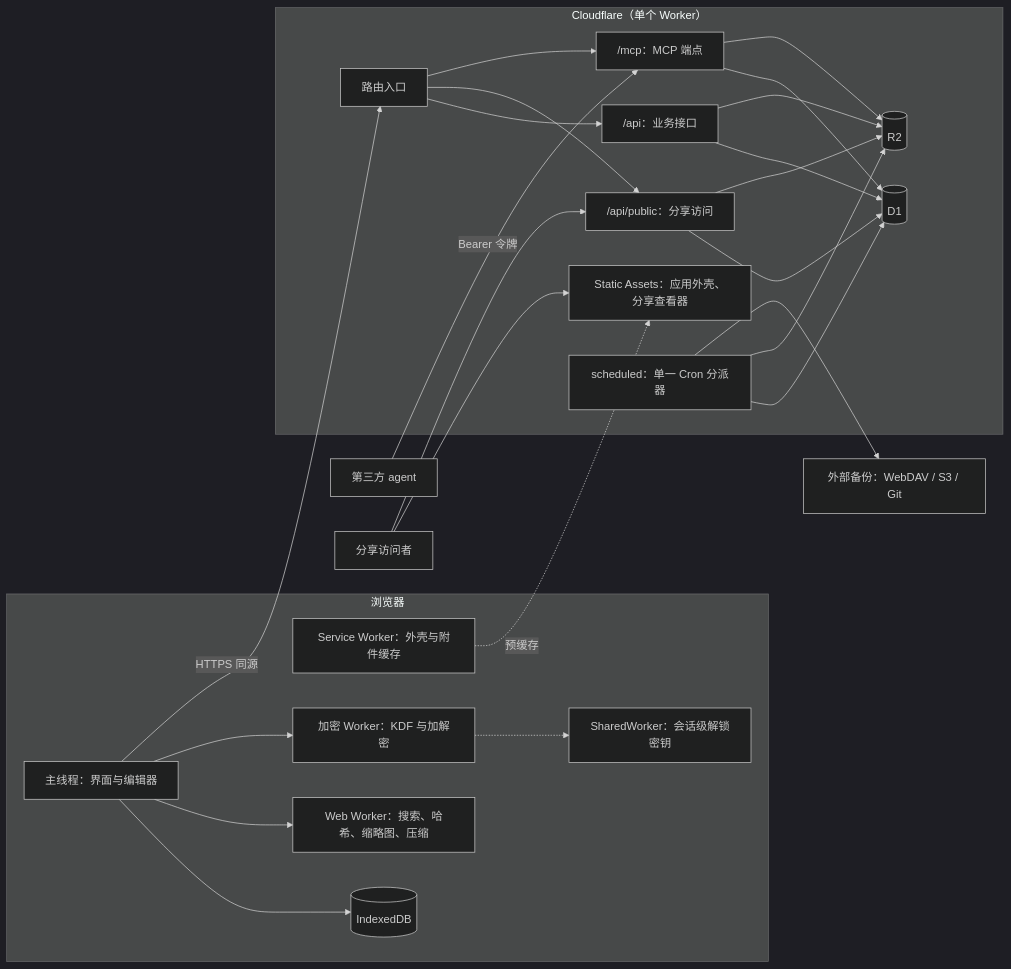
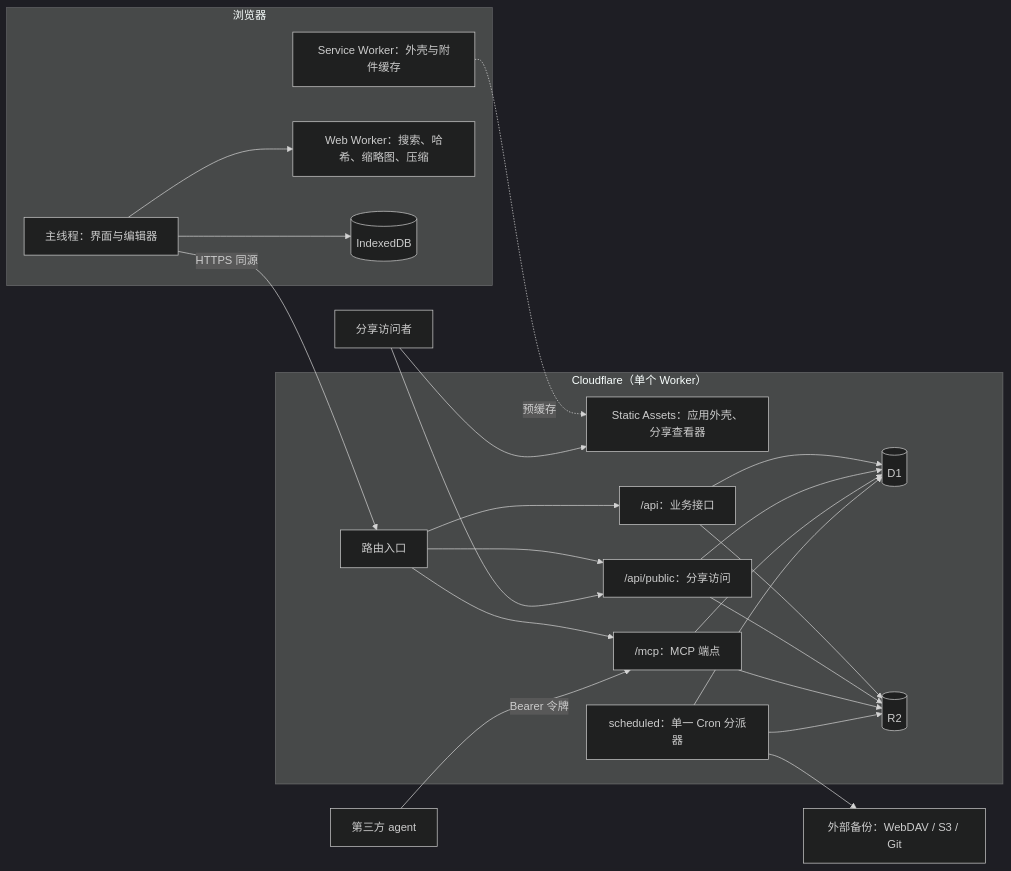
One commit to maxxie6418/MeNote changed the first of 5 diagrams in Menote-项目架构-v1.md. Above: the diagram before and after it, drawn with Mermaid (dark theme). The commit also changed other lines of this file and 1 other file, not shown here.

````diff
--- a/Menote-项目架构-v1.md
+++ b/Menote-项目架构-v1.md
@@ -59,46 +66,42 @@
 ```mermaid
 flowchart LR
     subgraph Browser["浏览器"]
         UI["主线程：界面与编辑器"]
         SW["Service Worker：外壳与附件缓存"]
         WK["Web Worker：搜索、哈希、缩略图、压缩"]
-        CW["加密 Worker：KDF 与加解密"]
-        SHW["SharedWorker：会话级解锁密钥"]
         IDB[("IndexedDB")]
     end
     subgraph CF["Cloudflare（单个 Worker）"]
         AS["Static Assets：应用外壳、分享查看器"]
         RT["路由入口"]
         API["/api：业务接口"]
         PUB["/api/public：分享访问"]
         MCPE["/mcp：MCP 端点"]
         CRON["scheduled：单一 Cron 分派器"]
         D1[("D1")]
         R2[("R2")]
     end
     EXT["外部备份：WebDAV / S3 / Git"]
     AG["第三方 agent"]
     VIS["分享访问者"]
 
     UI --> IDB
     UI --> WK
-    UI --> CW
-    CW -.-> SHW
     UI -->|"HTTPS 同源"| RT
     SW -.->|"预缓存"| AS
     RT --> API
     RT --> PUB
     RT --> MCPE
     API --> D1
     API --> R2
     PUB --> D1
     PUB --> R2
     MCPE --> D1
     MCPE --> R2
     CRON --> D1
     CRON --> R2
     CRON --> EXT
     AG -->|"Bearer 令牌"| MCPE
     VIS --> AS
     VIS --> PUB
 ```
````
